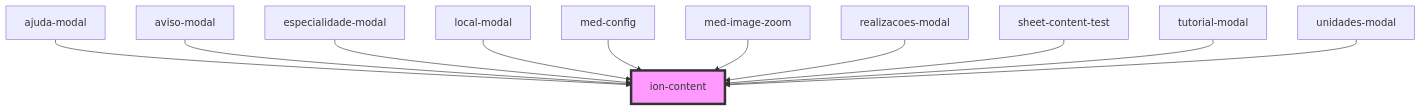
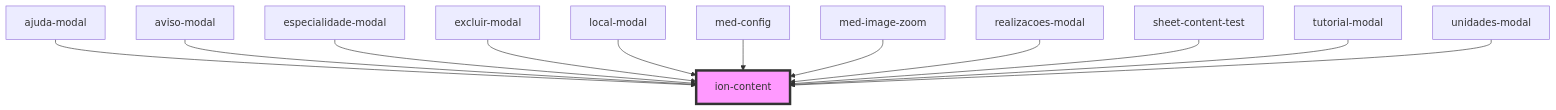
The diagram in core/src/components/content/readme.md (MEDGRUPOGIT/ionic-framework-1), drawn with Mermaid before and after one commit. The commit also changed other lines of this file and 19 other files, not shown here.

````diff
--- a/core/src/components/content/readme.md
+++ b/core/src/components/content/readme.md
@@ -277,14 +278,15 @@
 ```mermaid
 graph TD;
   ajuda-modal --> ion-content
   aviso-modal --> ion-content
   especialidade-modal --> ion-content
+  excluir-modal --> ion-content
   local-modal --> ion-content
   med-config --> ion-content
   med-image-zoom --> ion-content
   realizacoes-modal --> ion-content
   sheet-content-test --> ion-content
   tutorial-modal --> ion-content
   unidades-modal --> ion-content
   style ion-content fill:#f9f,stroke:#333,stroke-width:4px
 ```
````
